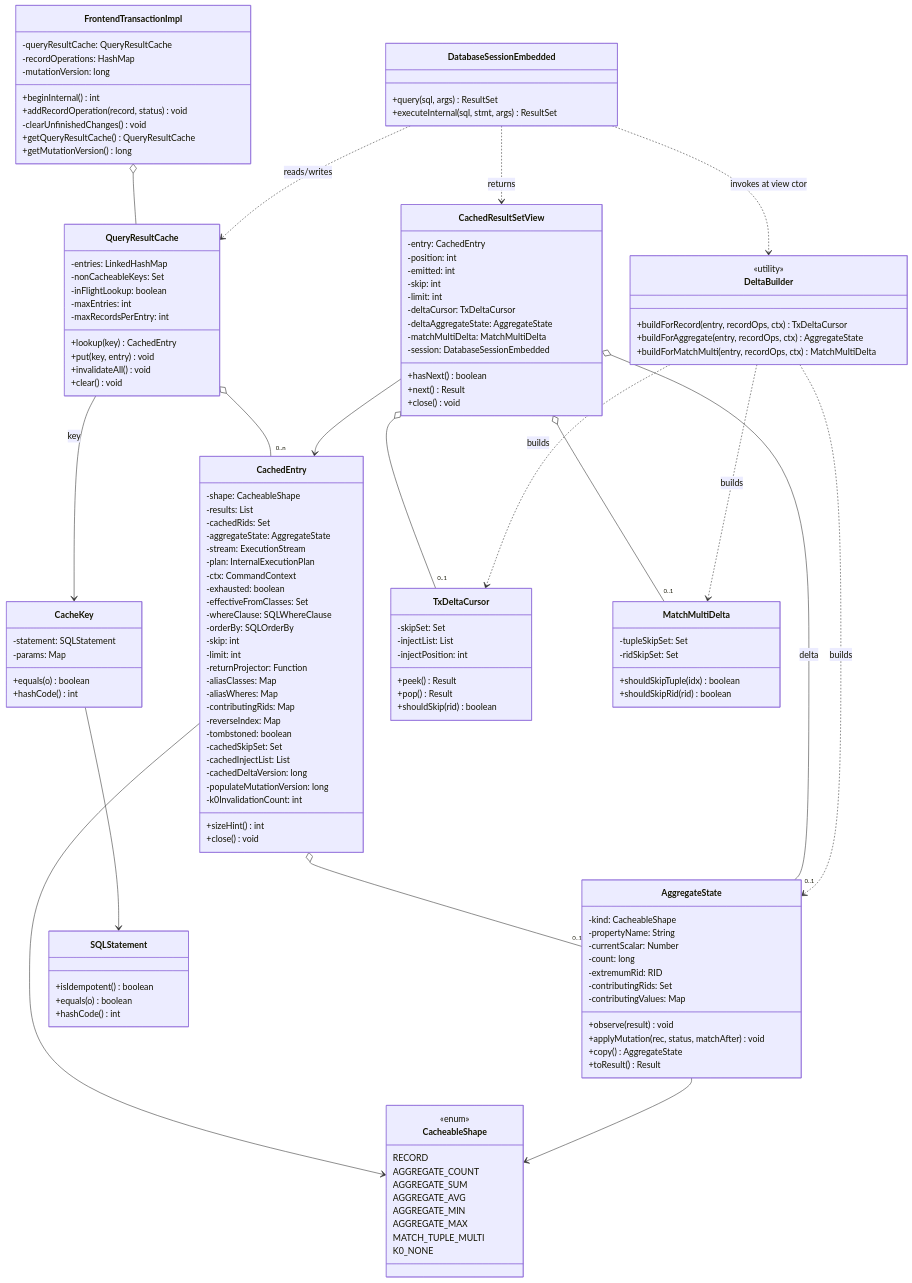
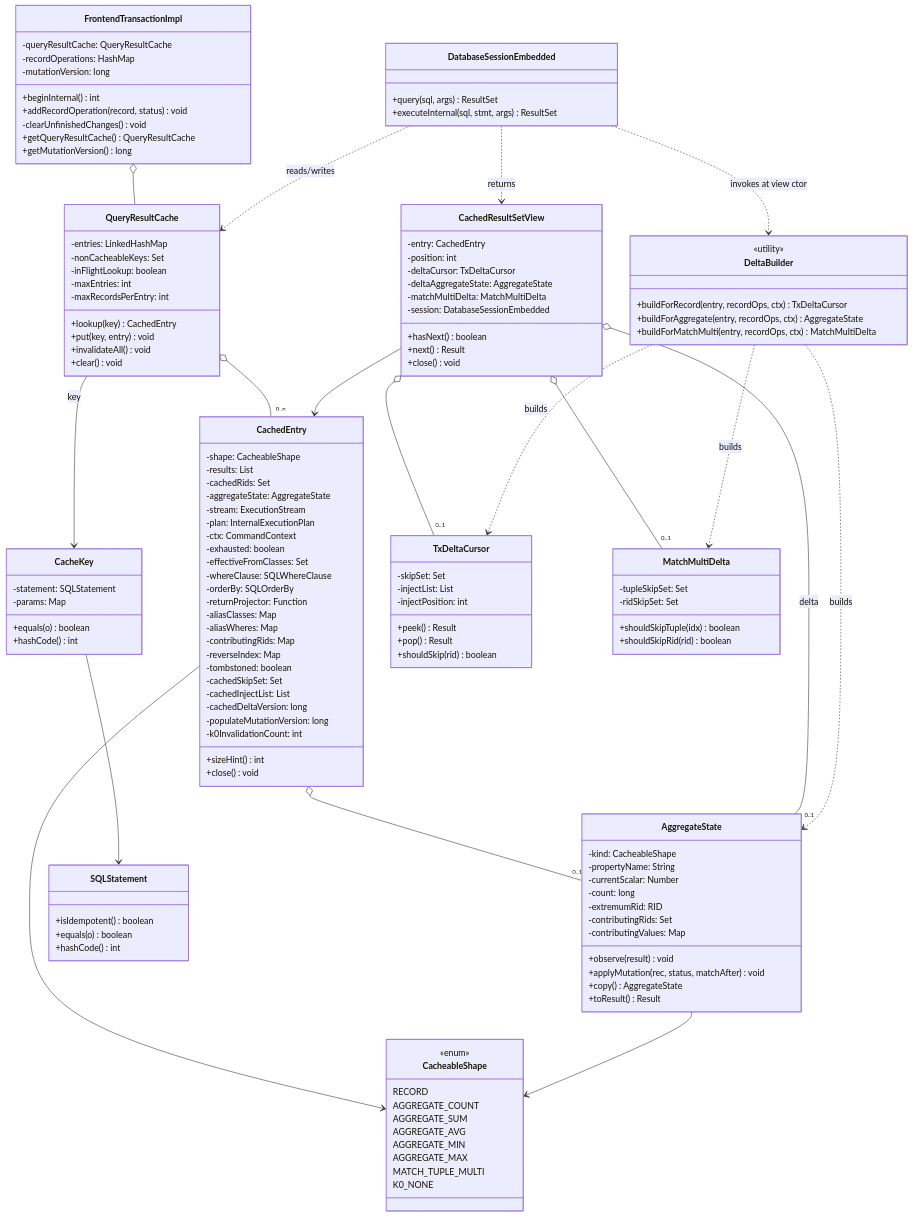
The first of 2 diagrams in docs/adr/YTDB-820-tx-result-cache/_workflow/design.md (JetBrains/youtrackdb), drawn with Mermaid before and after one commit. The commit also changed other lines of this file and 3 other files, not shown here.

```diff
--- a/docs/adr/YTDB-820-tx-result-cache/_workflow/design.md
+++ b/docs/adr/YTDB-820-tx-result-cache/_workflow/design.md
@@ -73,8 +73,6 @@
         -effectiveFromClasses: Set
         -whereClause: SQLWhereClause
         -orderBy: SQLOrderBy
-        -skip: int
-        -limit: int
         -returnProjector: Function
         -aliasClasses: Map
         -aliasWheres: Map
@@ -136,9 +134,6 @@
     class CachedResultSetView {
         -entry: CachedEntry
         -position: int
-        -emitted: int
-        -skip: int
-        -limit: int
         -deltaCursor: TxDeltaCursor
         -deltaAggregateState: AggregateState
         -matchMultiDelta: MatchMultiDelta
```
